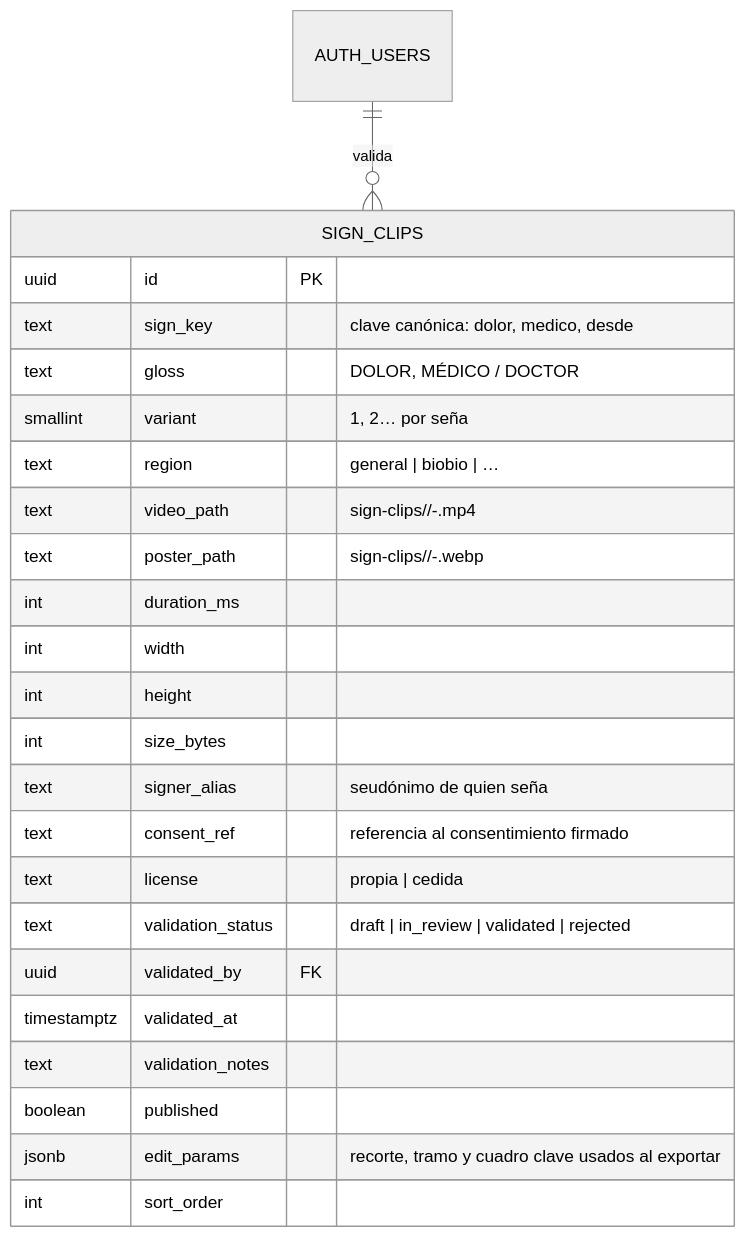
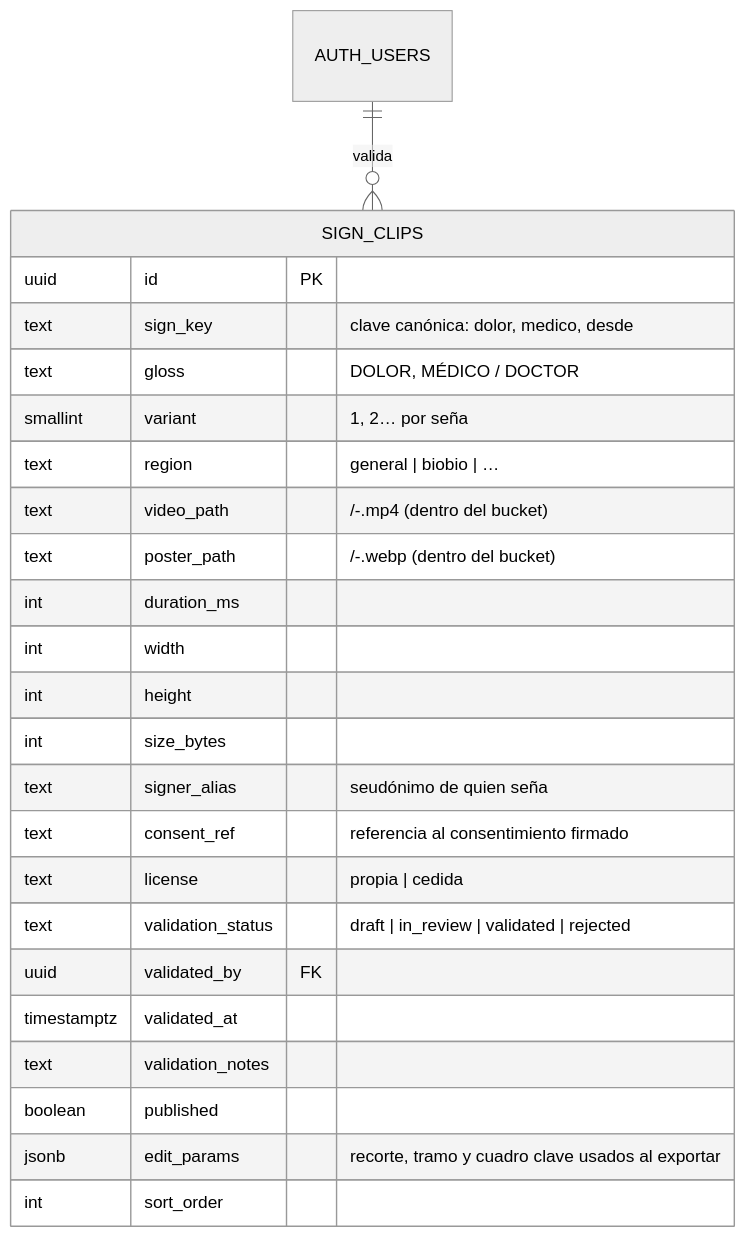
One commit to BenjajaDev/SenaPlay changed the first of 2 diagrams in docs/10-senas-en-video.md. Above: the diagram before and after it, drawn with Mermaid (neutral theme). The commit also changed other lines of this file and 13 other files, not shown here.

````diff
--- a/docs/10-senas-en-video.md
+++ b/docs/10-senas-en-video.md
@@ -34,27 +34,27 @@
 ```mermaid
 erDiagram
     SIGN_CLIPS {
         uuid id PK
         text sign_key "clave canónica: dolor, medico, desde"
         text gloss "DOLOR, MÉDICO / DOCTOR"
         smallint variant "1, 2… por seña"
         text region "general | biobio | …"
-        text video_path "sign-clips/<clave>/<variante>-<uuid>.mp4"
-        text poster_path "sign-clips/<clave>/<variante>-<uuid>.webp"
+        text video_path "<clave>/<variante>-<uuid>.mp4 (dentro del bucket)"
+        text poster_path "<clave>/<variante>-<uuid>.webp (dentro del bucket)"
         int duration_ms
         int width
         int height
         int size_bytes
         text signer_alias "seudónimo de quien seña"
         text consent_ref "referencia al consentimiento firmado"
         text license "propia | cedida"
         text validation_status "draft | in_review | validated | rejected"
         uuid validated_by FK
         timestamptz validated_at
         text validation_notes
         boolean published
         jsonb edit_params "recorte, tramo y cuadro clave usados al exportar"
         int sort_order
     }
     AUTH_USERS ||--o{ SIGN_CLIPS : "valida"
 ```
````
